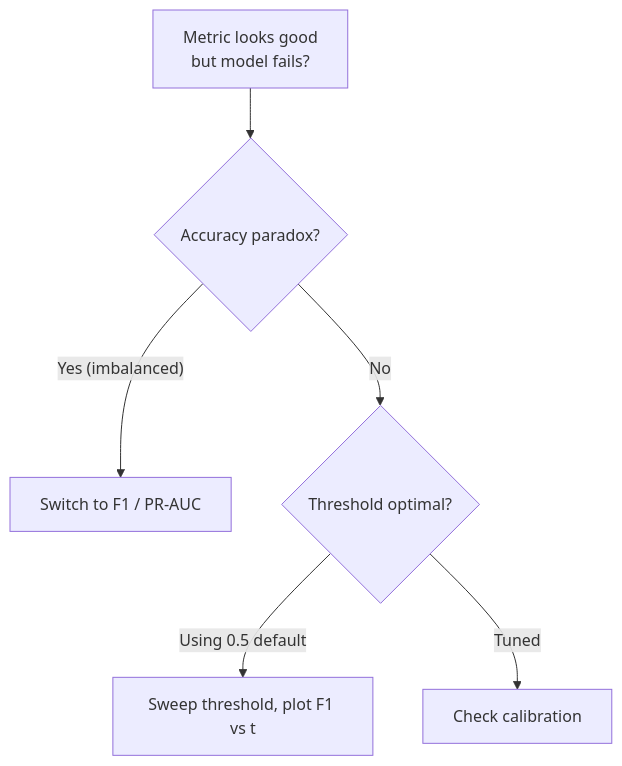
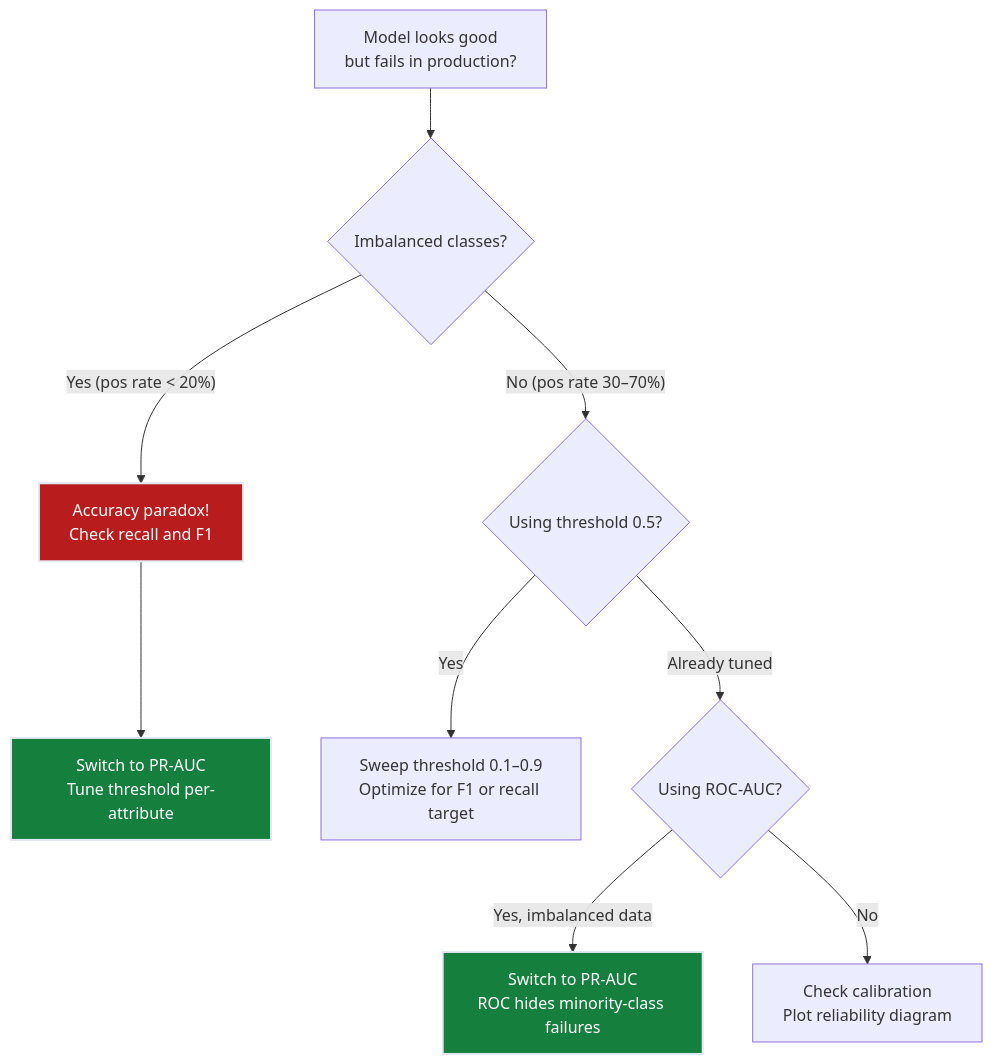
Before and after one commit to deepakshamsft/ai-portfolio: the fourth of 5 diagrams in notes/ML/02_classification/ch03_metrics/README.md, drawn with Mermaid. The commit also changed other lines of this file and 41 other files, not shown here.

````diff
--- a/notes/ML/02_classification/ch03_metrics/README.md
+++ b/notes/ML/02_classification/ch03_metrics/README.md
@@ -219,8 +624,14 @@
 ```mermaid
 graph TD
-    A["Metric looks good<br/>but model fails?"] --> B{"Accuracy paradox?"}
-    B -->|"Yes (imbalanced)"| C["Switch to F1 / PR-AUC"]
-    B -->|"No"| D{"Threshold optimal?"}
-    D -->|"Using 0.5 default"| E["Sweep threshold, plot F1 vs t"]
-    D -->|"Tuned"| F["Check calibration"]
+    A["Model looks good<br/>but fails in production?"] --> B{"Imbalanced classes?"}
+    B -->|"Yes (pos rate < 20%)"| C["Accuracy paradox!<br/>Check recall and F1"]
+    B -->|"No (pos rate 30–70%)"| D{"Using threshold 0.5?"}
+    C --> E["Switch to PR-AUC<br/>Tune threshold per-attribute"]
+    D -->|"Yes"| F["Sweep threshold 0.1–0.9<br/>Optimize for F1 or recall target"]
+    D -->|"Already tuned"| G{"Using ROC-AUC?"}
+    G -->|"Yes, imbalanced data"| H["Switch to PR-AUC<br/>ROC hides minority-class failures"]
+    G -->|"No"| I["Check calibration<br/>Plot reliability diagram"]
+    style C fill:#b91c1c,stroke:#e2e8f0,stroke-width:2px,color:#ffffff
+    style E fill:#15803d,stroke:#e2e8f0,stroke-width:2px,color:#ffffff
+    style H fill:#15803d,stroke:#e2e8f0,stroke-width:2px,color:#ffffff
 ```
````
